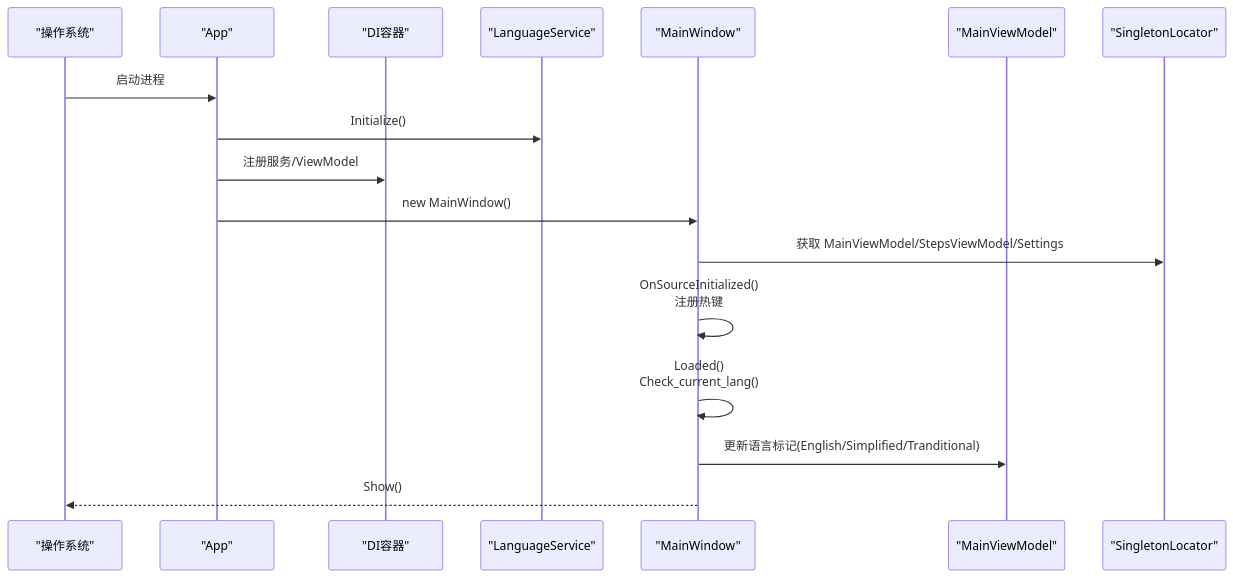
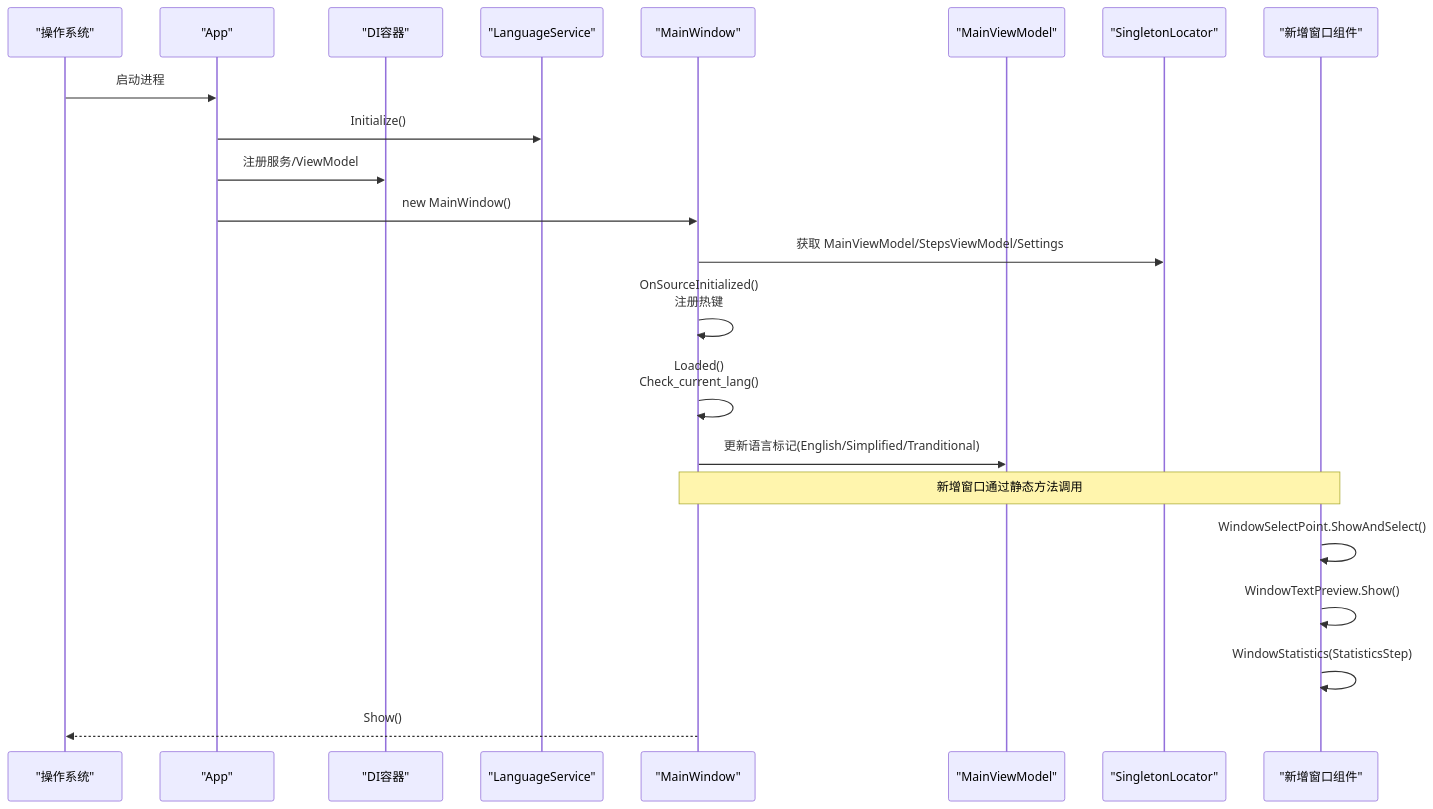
One commit to yooxii/ShaoLuAuto changed the second of 13 diagrams in .qoder/repowiki/zh/content/用户界面系统/用户界面系统.md. Above: the diagram before and after it, drawn with Mermaid. The commit also changed other lines of this file and 9 other files, not shown here.

````diff
--- a/.qoder/repowiki/zh/content/用户界面系统/用户界面系统.md
+++ b/.qoder/repowiki/zh/content/用户界面系统/用户界面系统.md
@@ -130,19 +155,24 @@
 ```mermaid
 sequenceDiagram
 participant OS as "操作系统"
 participant App as "App"
 participant DI as "DI容器"
 participant Lang as "LanguageService"
 participant MW as "MainWindow"
 participant VM as "MainViewModel"
 participant SL as "SingletonLocator"
+participant NEW_WIN as "新增窗口组件"
 OS->>App : 启动进程
 App->>Lang : Initialize()
 App->>DI : 注册服务/ViewModel
 App->>MW : new MainWindow()
 MW->>SL : 获取 MainViewModel/StepsViewModel/Settings
 MW->>MW : OnSourceInitialized()<br/>注册热键
 MW->>MW : Loaded()<br/>Check_current_lang()
 MW->>VM : 更新语言标记(English/Simplified/Tranditional)
+Note over MW,NEW_WIN : 新增窗口通过静态方法调用
+NEW_WIN->>NEW_WIN : WindowSelectPoint.ShowAndSelect()
+NEW_WIN->>NEW_WIN : WindowTextPreview.Show()
+NEW_WIN->>NEW_WIN : WindowStatistics(StatisticsStep)
 MW-->>OS : Show()
 ```
````
